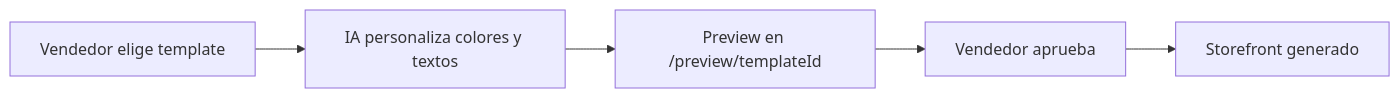
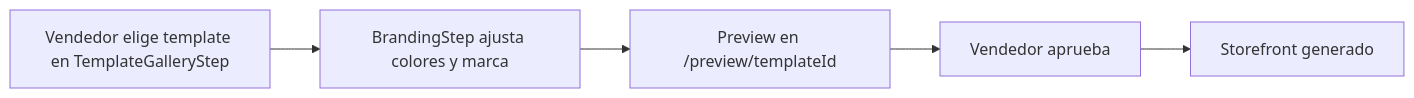
Before and after one commit to Ap3xc0de/goshopping: the diagram in docs/docs/storefront/templates.md, drawn with Mermaid. The commit also changed other lines of this file and 122 other files, not shown here.

````diff
--- a/docs/docs/storefront/templates.md
+++ b/docs/docs/storefront/templates.md
@@ -11,7 +11,7 @@
 ```mermaid
 graph LR
-    A[Vendedor elige template] --> B[IA personaliza colores y textos]
+    A[Vendedor elige template en TemplateGalleryStep] --> B[BrandingStep ajusta colores y marca]
     B --> C[Preview en /preview/templateId]
     C --> D[Vendedor aprueba]
     D --> E[Storefront generado]
 ```
````
